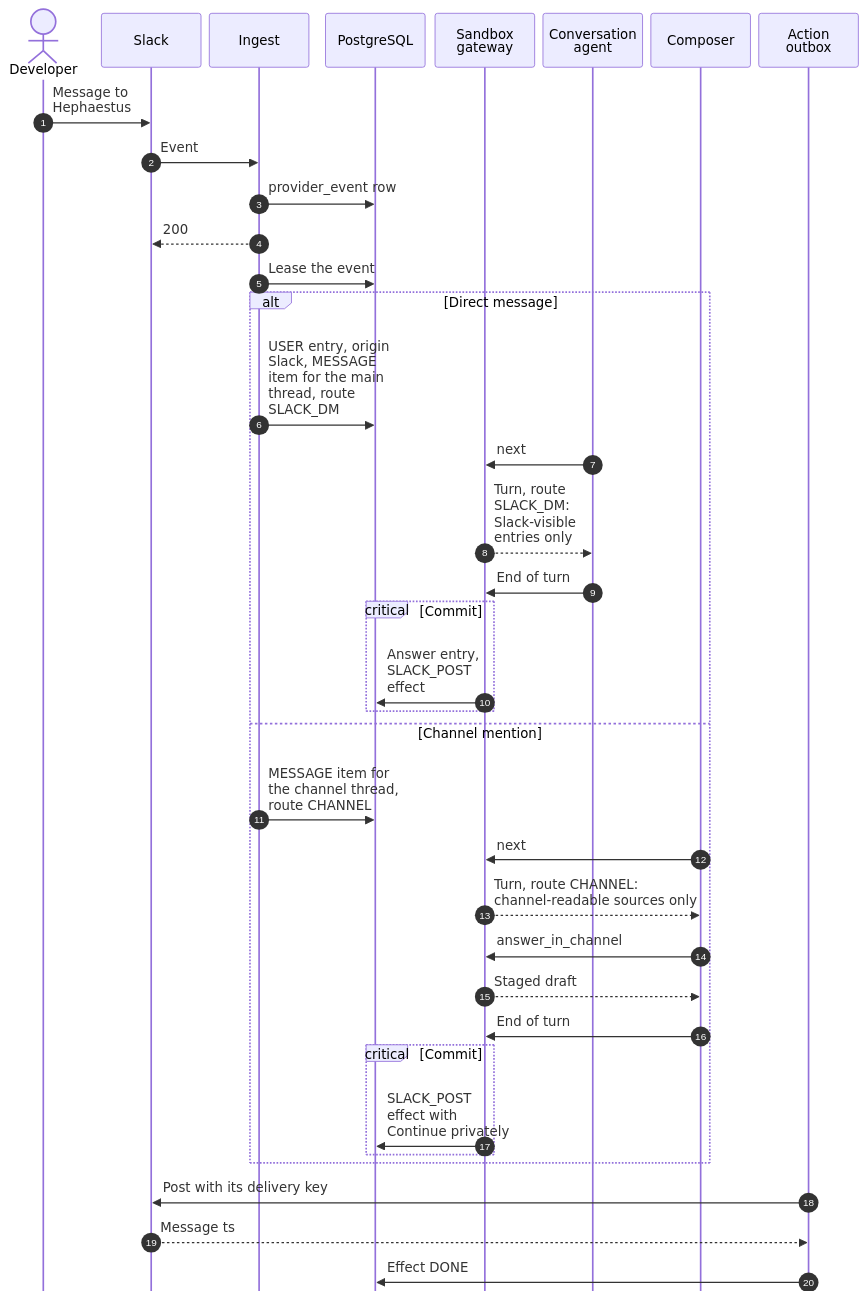
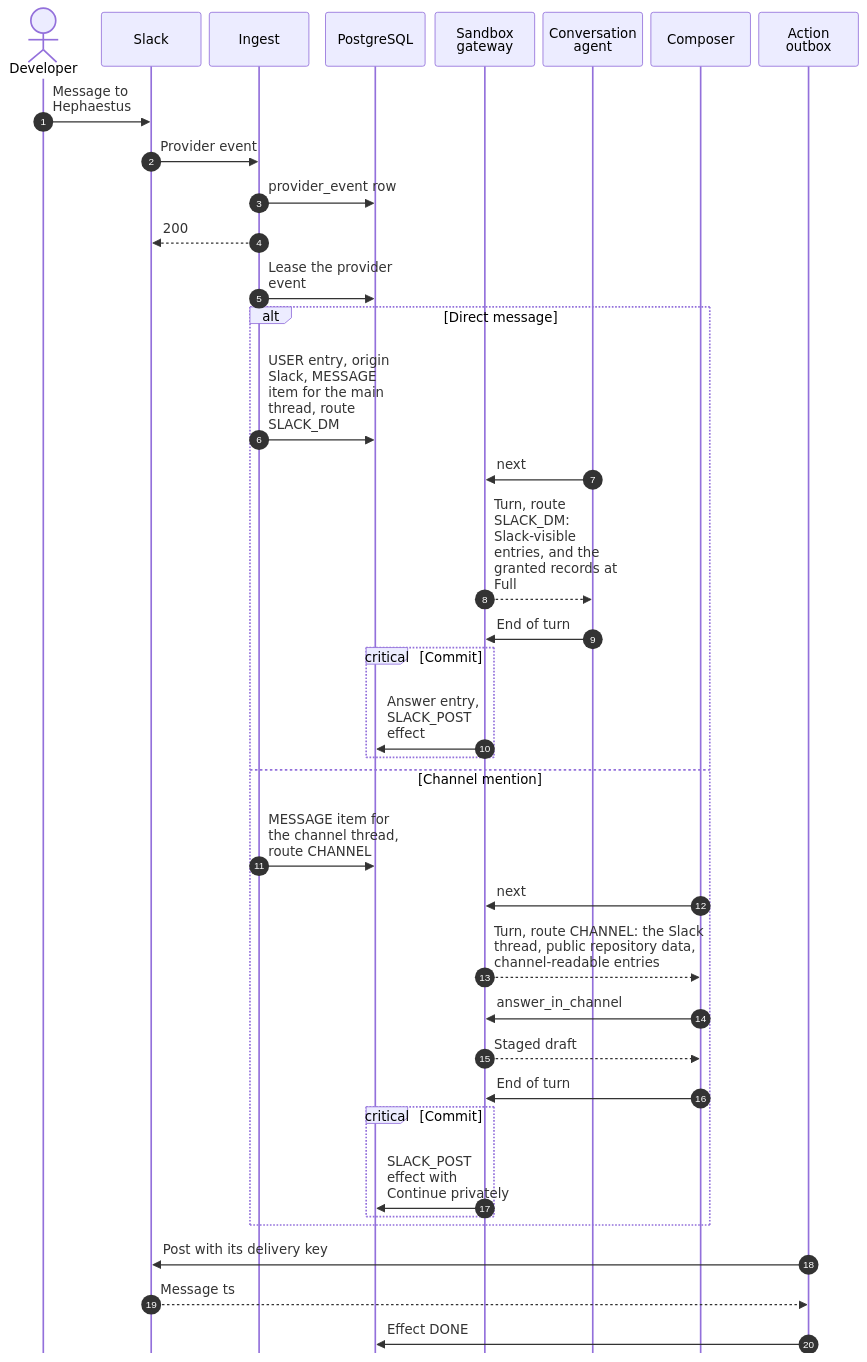
One commit to hephaestus-build/Hephaestus changed diagram 12 of 12 in docs/contributor/conversation-core.mdx. Above: the diagram before and after it, drawn with Mermaid. The commit also changed other lines of this file and 3 other files, not shown here.

````diff
--- a/docs/contributor/conversation-core.mdx
+++ b/docs/contributor/conversation-core.mdx
@@ -628,50 +748,50 @@
 ```mermaid
 ---
 config:
   sequence:
     actorMargin: 10
     width: 120
     wrap: true
     messageAlign: left
     mirrorActors: false
 ---
 sequenceDiagram
     accTitle: A Slack direct message and a Slack channel mention
-    accDescr: Slack sends an event. Ingest stores it in the provider event inbox and answers Slack. It then turns the event into an inbox item. A direct message goes to the main thread with the route SLACK_DM, and the conversation agent answers. A channel mention goes to a shared channel thread with the route CHANNEL, and the composer answers from channel-readable sources. The action outbox posts each answer and confirms it.
+    accDescr: Slack sends a provider event. Ingest stores it in the provider event inbox and answers Slack. It then turns the event into an inbox item. A direct message goes to the main thread with the route SLACK_DM. The conversation agent answers from the Slack-visible entries, and under the Slack grant also from the person's help settings, goals and noted records. A channel mention goes to a shared channel thread with the route CHANNEL. The composer answers from the Slack thread, public repository data and channel-readable catalog entries. The action outbox posts each answer and confirms it.
     autonumber
     actor D as Developer
     participant L as Slack
     participant I as Ingest
     participant DB as PostgreSQL
     participant G as Sandbox gateway
     participant M as Conversation agent
     participant C as Composer
     participant O as Action outbox
     D->>L: Message to Hephaestus
-    L->>I: Event
+    L->>I: Provider event
     I->>DB: provider_event row
     I-->>L: 200
-    I->>DB: Lease the event
+    I->>DB: Lease the provider event
     alt Direct message
         I->>DB: USER entry, origin Slack, MESSAGE item for the main thread, route SLACK_DM
         M->>G: next
-        G-->>M: Turn, route SLACK_DM: Slack-visible entries only
+        G-->>M: Turn, route SLACK_DM: Slack-visible entries, and the granted records at Full
         M->>G: End of turn
         critical Commit
             G->>DB: Answer entry, SLACK_POST effect
         end
     else Channel mention
         I->>DB: MESSAGE item for the channel thread, route CHANNEL
         C->>G: next
-        G-->>C: Turn, route CHANNEL: channel-readable sources only
+        G-->>C: Turn, route CHANNEL: the Slack thread, public repository data, channel-readable entries
         C->>G: answer_in_channel
         G-->>C: Staged draft
         C->>G: End of turn
         critical Commit
             G->>DB: SLACK_POST effect with Continue privately
         end
     end
     O->>L: Post with its delivery key
     L-->>O: Message ts
     O->>DB: Effect DONE
 ```
````
